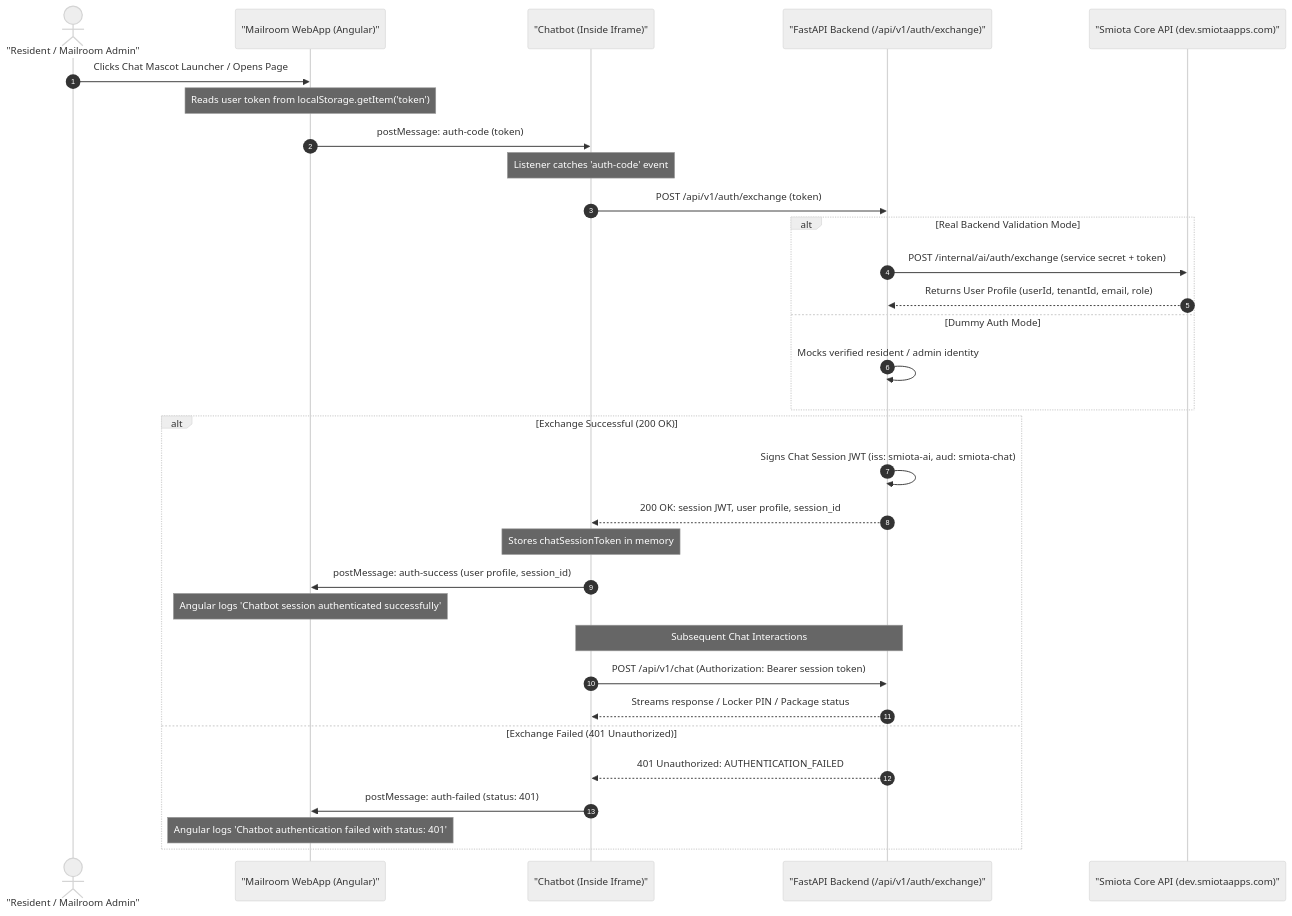
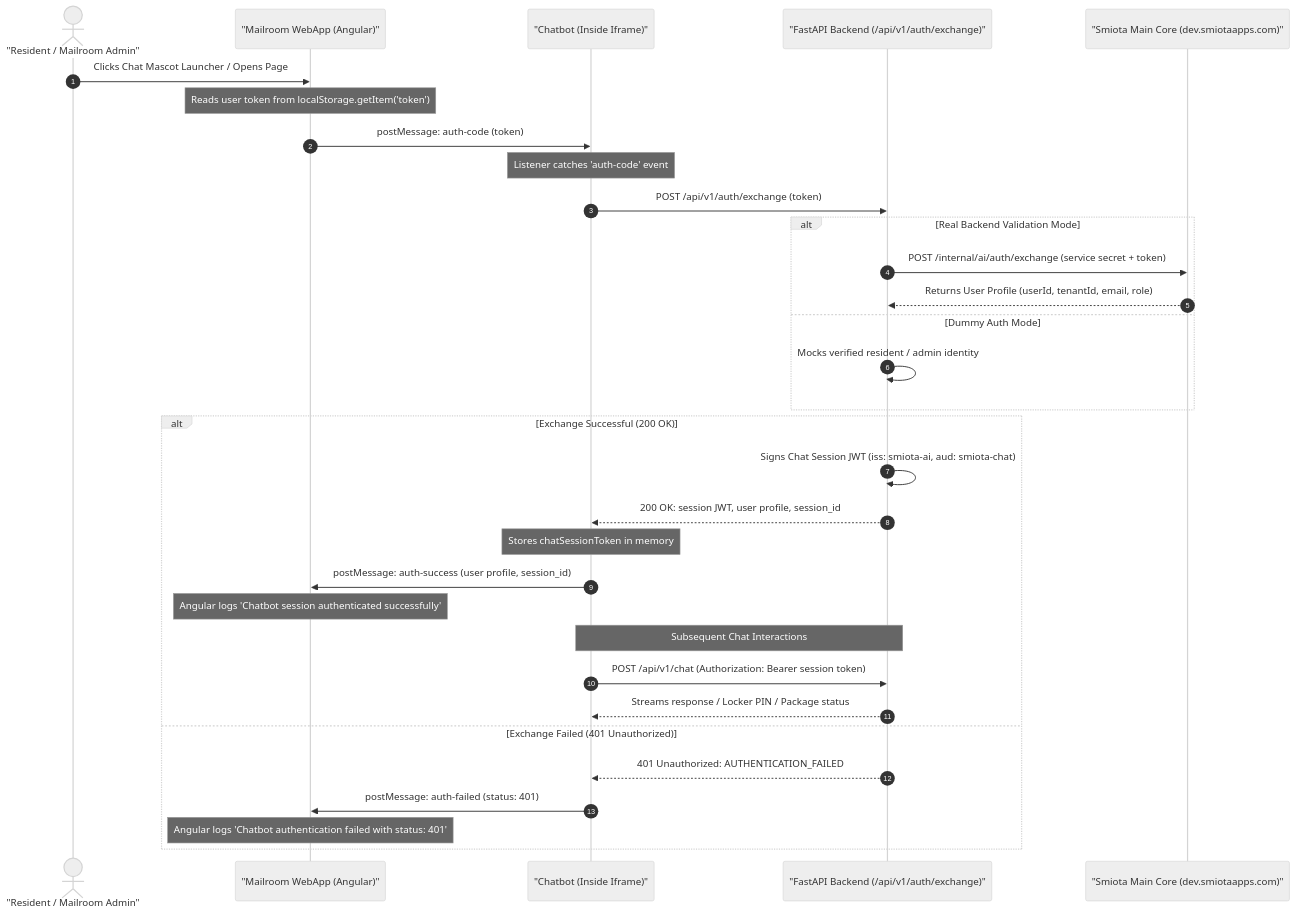
One commit to uzair2299/AI-Automation changed the diagram in src/smiota/docs/Cross-Origin Iframe Chatbot Authentication Architecture.md. Above: the diagram before and after it, drawn with Mermaid (neutral theme). The commit also changed 1 other file, not shown here.

Commit message:
docs: rename Spring Boot Core to Smiota Main Core in sequence diagram

````diff
--- a/src/smiota/docs/Cross-Origin Iframe Chatbot Authentication Architecture.md
+++ b/src/smiota/docs/Cross-Origin Iframe Chatbot Authentication Architecture.md
@@ -29,40 +29,40 @@
 ```mermaid
 sequenceDiagram
     autonumber
     actor User as "Resident / Mailroom Admin"
     participant Host as "Mailroom WebApp (Angular)"
     participant Iframe as "Chatbot (Inside Iframe)"
     participant API as "FastAPI Backend (/api/v1/auth/exchange)"
-    participant Smiota as "Smiota Core API (dev.smiotaapps.com)"
+    participant Smiota as "Smiota Main Core (dev.smiotaapps.com)"
 
     User->>Host: Clicks Chat Mascot Launcher / Opens Page
     Note over Host: Reads user token from localStorage.getItem('token')
     
     Host->>Iframe: postMessage: auth-code (token)
     
     Note over Iframe: Listener catches 'auth-code' event
     Iframe->>API: POST /api/v1/auth/exchange (token)
     
     alt Real Backend Validation Mode
         API->>Smiota: POST /internal/ai/auth/exchange (service secret + token)
         Smiota-->>API: Returns User Profile (userId, tenantId, email, role)
     else Dummy Auth Mode
         API->>API: Mocks verified resident / admin identity
     end
 
     alt Exchange Successful (200 OK)
         API->>API: Signs Chat Session JWT (iss: smiota-ai, aud: smiota-chat)
         API-->>Iframe: 200 OK: session JWT, user profile, session_id
         Note over Iframe: Stores chatSessionToken in memory
         Iframe->>Host: postMessage: auth-success (user profile, session_id)
         Note over Host: Angular logs 'Chatbot session authenticated successfully'
         
         Note over Iframe,API: Subsequent Chat Interactions
         Iframe->>API: POST /api/v1/chat (Authorization: Bearer session token)
         API-->>Iframe: Streams response / Locker PIN / Package status
     else Exchange Failed (401 Unauthorized)
         API-->>Iframe: 401 Unauthorized: AUTHENTICATION_FAILED
         Iframe->>Host: postMessage: auth-failed (status: 401)
         Note over Host: Angular logs 'Chatbot authentication failed with status: 401'
     end
 ```
````
